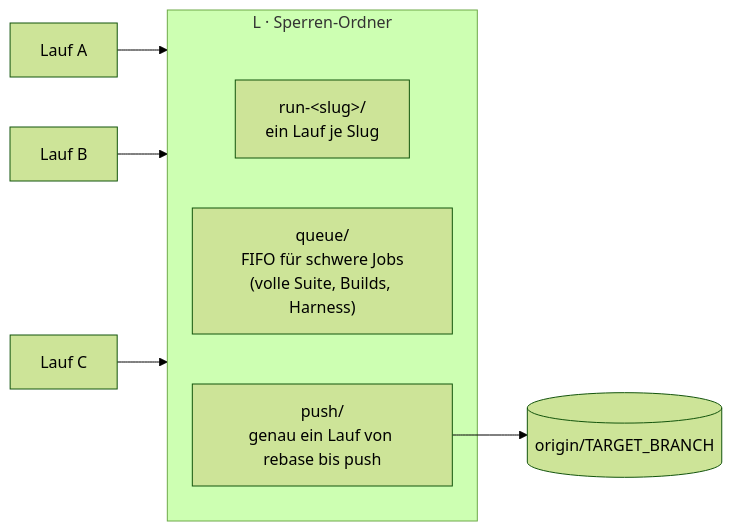
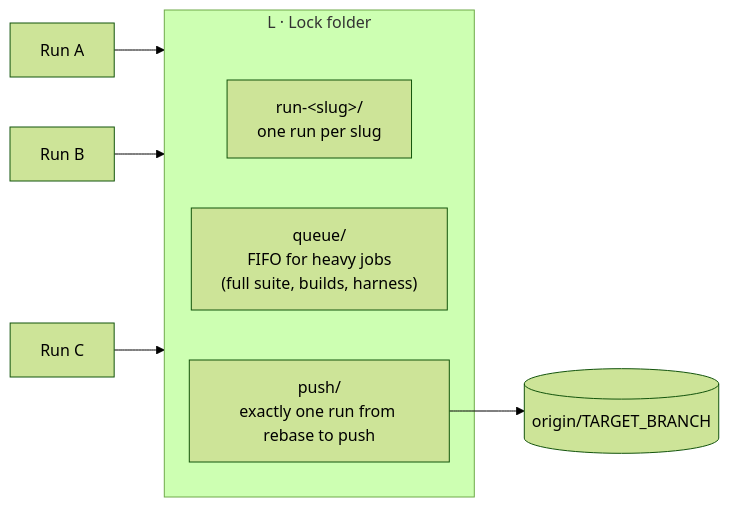
The third of 3 diagrams in README.md (Sighte/factory-skill), drawn with Mermaid (forest theme) before and after one commit. The commit also changed other lines of this file and 5 other files, not shown here.

````diff
--- a/README.md
+++ b/README.md
@@ -76,10 +76,10 @@
 ```mermaid
 flowchart LR
-    r1["Lauf A"] & r2["Lauf B"] & r3["Lauf C"] --> L
-    subgraph L["L · Sperren-Ordner"]
-        run["run-&lt;slug&gt;/<br/>ein Lauf je Slug"]
-        q["queue/<br/>FIFO für schwere Jobs<br/>(volle Suite, Builds, Harness)"]
-        push["push/<br/>genau ein Lauf von rebase bis push"]
+    r1["Run A"] & r2["Run B"] & r3["Run C"] --> L
+    subgraph L["L · Lock folder"]
+        run["run-&lt;slug&gt;/<br/>one run per slug"]
+        q["queue/<br/>FIFO for heavy jobs<br/>(full suite, builds, harness)"]
+        push["push/<br/>exactly one run from rebase to push"]
     end
     push --> origin[("origin/TARGET_BRANCH")]
 ```
````
